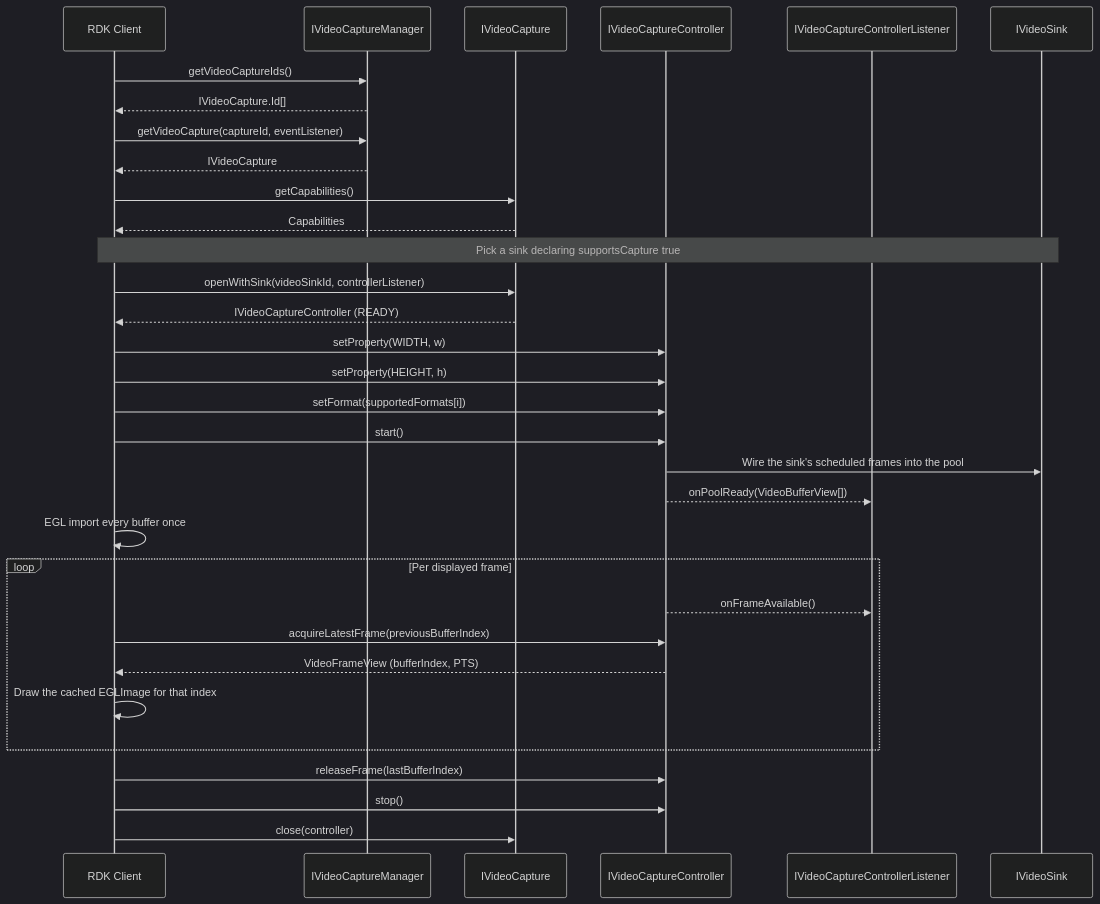
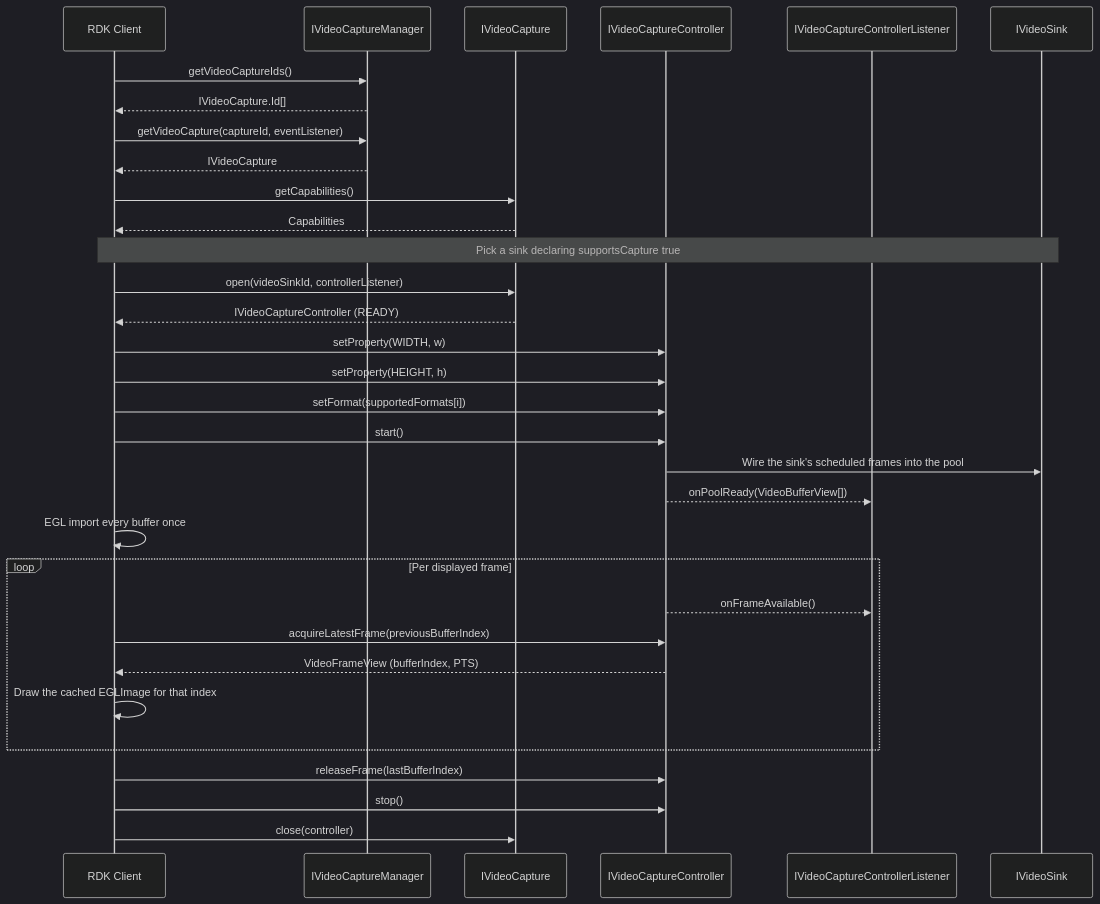
The fourth of 5 diagrams in videocapture/current/docs/videocapture_interface.md (rdkcentral/rdk-halif-aidl), drawn with Mermaid (dark theme) before and after one commit. The commit also changed other lines of this file and 12 other files, not shown here.

First line of the commit message:
refactor(videocapture,videosink)!: capture binds one video sink through a single open() (#781)

````diff
--- a/videocapture/current/docs/videocapture_interface.md
+++ b/videocapture/current/docs/videocapture_interface.md
@@ -299,44 +295,44 @@
 ```mermaid
 sequenceDiagram
     participant Client as RDK Client
     participant Manager as IVideoCaptureManager
     participant Capture as IVideoCapture
     participant Controller as IVideoCaptureController
     participant Listener as IVideoCaptureControllerListener
     participant Sink as IVideoSink
 
     Client->>Manager: getVideoCaptureIds()
     Manager-->>Client: IVideoCapture.Id[]
 
     Client->>Manager: getVideoCapture(captureId, eventListener)
     Manager-->>Client: IVideoCapture
 
     Client->>Capture: getCapabilities()
     Capture-->>Client: Capabilities
 
     Note over Client,Sink: Pick a sink declaring supportsCapture true
 
-    Client->>Capture: openWithSink(videoSinkId, controllerListener)
+    Client->>Capture: open(videoSinkId, controllerListener)
     Capture-->>Client: IVideoCaptureController (READY)
 
     Client->>Controller: setProperty(WIDTH, w)
     Client->>Controller: setProperty(HEIGHT, h)
     Client->>Controller: setFormat(supportedFormats[i])
     Client->>Controller: start()
     Controller->>Sink: Wire the sink's scheduled frames into the pool
 
     Controller-->>Listener: onPoolReady(VideoBufferView[])
     Client->>Client: EGL import every buffer once
 
     loop Per displayed frame
         Controller-->>Listener: onFrameAvailable()
         Client->>Controller: acquireLatestFrame(previousBufferIndex)
         Controller-->>Client: VideoFrameView (bufferIndex, PTS)
         Client->>Client: Draw the cached EGLImage for that index
     end
 
     Client->>Controller: releaseFrame(lastBufferIndex)
 
     Client->>Controller: stop()
     Client->>Capture: close(controller)
 ```
````
